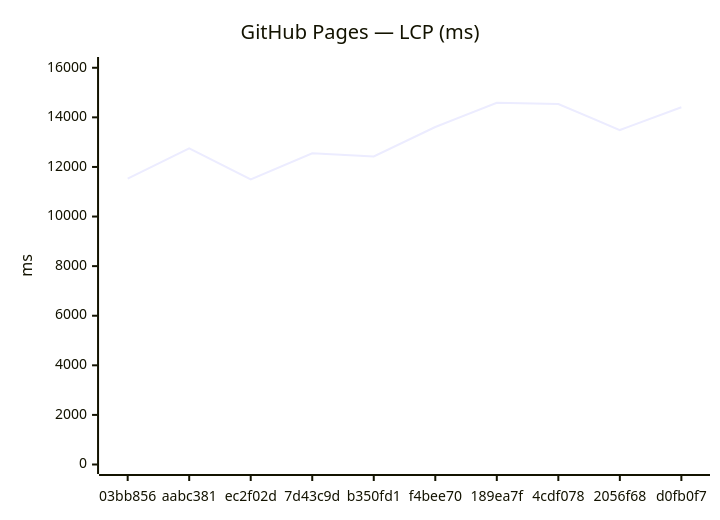
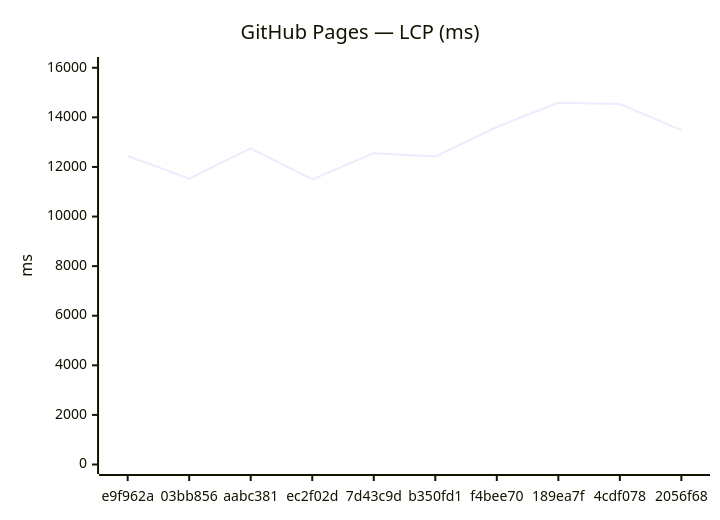
One commit to Metaheurist/Rianell changed the third of 18 diagrams in benchmarks/compare.md. Above: the diagram before and after it, drawn with Mermaid. The commit also changed other lines of this file and 11 other files, not shown here.

````diff
--- a/benchmarks/compare.md
+++ b/benchmarks/compare.md
@@ -54,7 +54,7 @@
 ```mermaid
 xychart-beta
     title "GitHub Pages — LCP (ms)"
-    x-axis ["03bb856", "aabc381", "ec2f02d", "7d43c9d", "b350fd1", "f4bee70", "189ea7f", "4cdf078", "2056f68", "d0fb0f7"]
+    x-axis ["e9f962a", "03bb856", "aabc381", "ec2f02d", "7d43c9d", "b350fd1", "f4bee70", "189ea7f", "4cdf078", "2056f68"]
     y-axis "ms" 0 --> 16051
-    line [11529, 12751, 11500, 12552, 12421, 13612, 14591, 14540, 13488, 14410]
+    line [12444, 11529, 12751, 11500, 12552, 12421, 13612, 14591, 14540, 13488]
 ```
````
